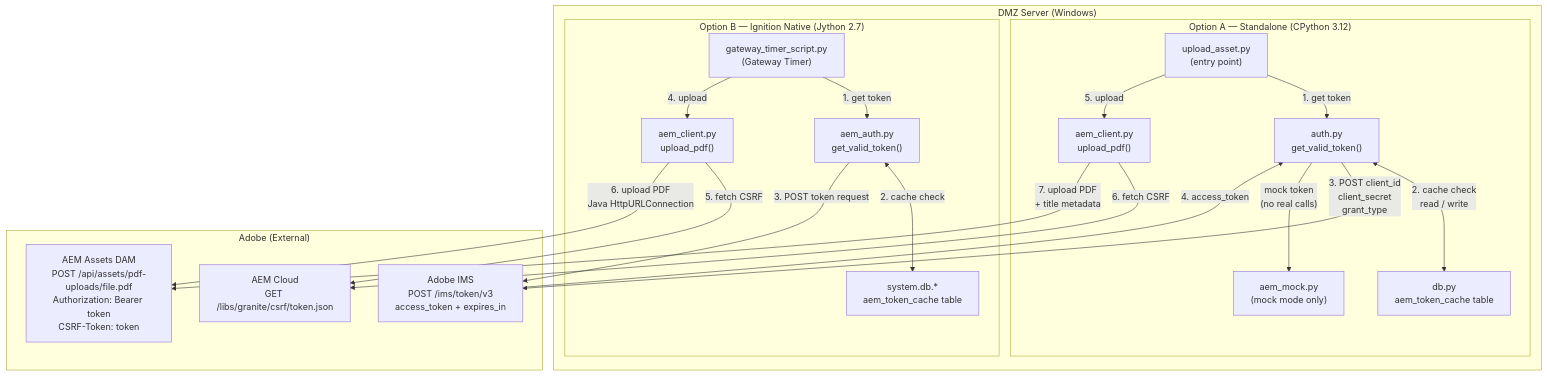
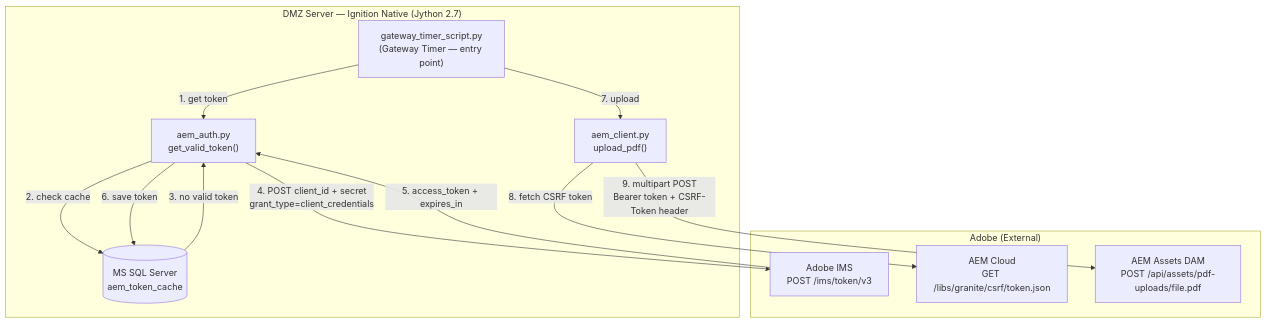
Before and after one commit to barneymc/AEMLoader: the diagram in README.md, drawn with Mermaid.

Commit message:
Simplify OAuth Mermaid diagram to Ignition Native only

````diff
--- a/README.md
+++ b/README.md
@@ -46,40 +46,25 @@
 ```mermaid
 flowchart TD
-    subgraph DMZ["DMZ Server (Windows)"]
-        subgraph Standalone["Option A — Standalone (CPython 3.12)"]
-            UA["upload_asset.py\n(entry point)"]
-            AU["auth.py\nget_valid_token()"]
-            DB["db.py\naem_token_cache table"]
-            AC["aem_client.py\nupload_pdf()"]
-            MK["aem_mock.py\n(mock mode only)"]
-        end
-        subgraph Ignition["Option B — Ignition Native (Jython 2.7)"]
-            GT["gateway_timer_script.py\n(Gateway Timer)"]
-            AA["aem_auth.py\nget_valid_token()"]
-            IGDB["system.db.*\naem_token_cache table"]
-            IG["aem_client.py\nupload_pdf()"]
-        end
+    subgraph DMZ["DMZ Server — Ignition Native (Jython 2.7)"]
+        GT["gateway_timer_script.py\n(Gateway Timer — entry point)"]
+        AA["aem_auth.py\nget_valid_token()"]
+        IGDB[("MS SQL Server\naem_token_cache")]
+        IG["aem_client.py\nupload_pdf()"]
     end
 
     subgraph Adobe["Adobe (External)"]
-        IMS["Adobe IMS\nPOST /ims/token/v3\naccess_token + expires_in"]
+        IMS["Adobe IMS\nPOST /ims/token/v3"]
         CSRF["AEM Cloud\nGET /libs/granite/csrf/token.json"]
-        AEM["AEM Assets DAM\nPOST /api/assets/pdf-uploads/file.pdf\nAuthorization: Bearer token\nCSRF-Token: token"]
+        AEM["AEM Assets DAM\nPOST /api/assets/pdf-uploads/file.pdf"]
     end
 
-    UA -->|"1. get token"| AU
-    AU <-->|"2. cache check\nread / write"| DB
-    AU -->|"3. POST client_id\nclient_secret\ngrant_type"| IMS
-    IMS -->|"4. access_token"| AU
-    AU -->|"mock token\n(no real calls)"| MK
-    UA -->|"5. upload"| AC
-    AC -->|"6. fetch CSRF"| CSRF
-    AC -->|"7. upload PDF\n+ title metadata"| AEM
-
     GT -->|"1. get token"| AA
-    AA <-->|"2. cache check"| IGDB
-    AA -->|"3. POST token request"| IMS
-    GT -->|"4. upload"| IG
-    IG -->|"5. fetch CSRF"| CSRF
-    IG -->|"6. upload PDF\nJava HttpURLConnection"| AEM
+    AA -->|"2. check cache"| IGDB
+    IGDB -->|"3. no valid token"| AA
+    AA -->|"4. POST client_id + secret\ngrant_type=client_credentials"| IMS
+    IMS -->|"5. access_token + expires_in"| AA
+    AA -->|"6. save token"| IGDB
+    GT -->|"7. upload"| IG
+    IG -->|"8. fetch CSRF token"| CSRF
+    IG -->|"9. multipart POST\nBearer token + CSRF-Token header"| AEM
 ```
````
